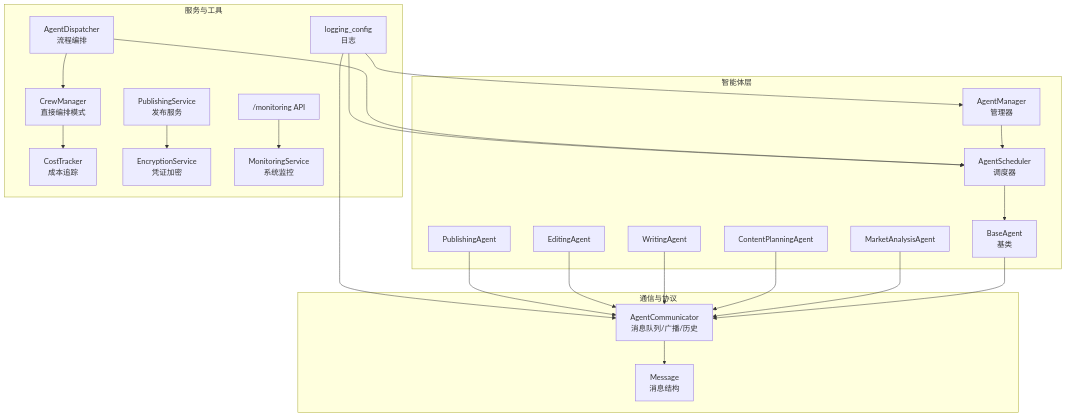
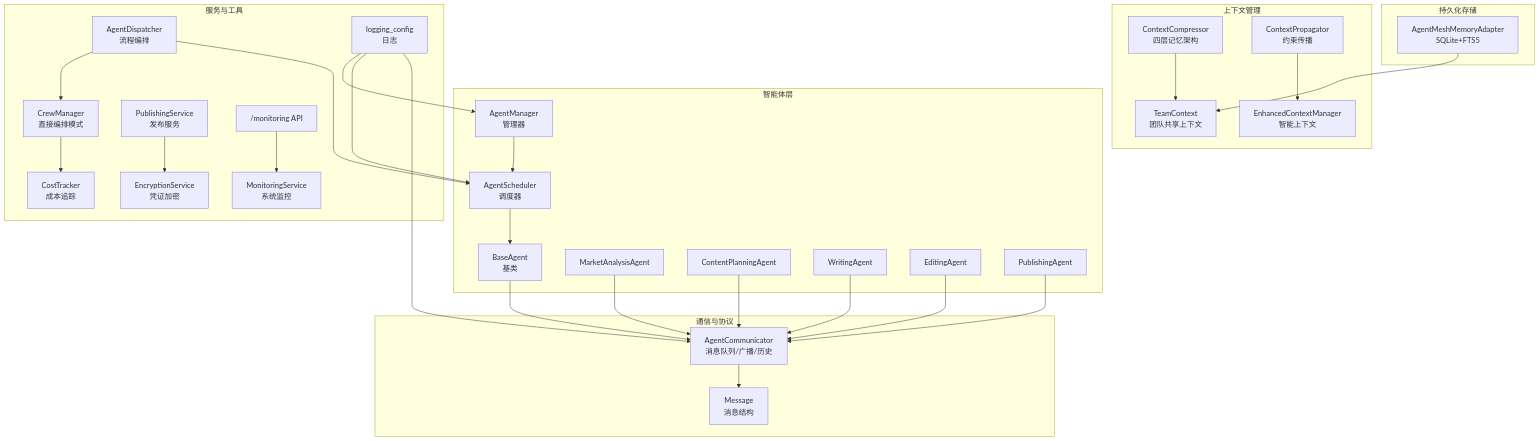
One commit to xfbyxq/ai-novel-system changed the first of 9 diagrams in .qoder/repowiki/zh/content/AI智能体系统/智能体通信机制.md. Above: the diagram before and after it, drawn with Mermaid. The commit also changed other lines of this file and 38 other files, not shown here.

````diff
--- a/.qoder/repowiki/zh/content/AI智能体系统/智能体通信机制.md
+++ b/.qoder/repowiki/zh/content/AI智能体系统/智能体通信机制.md
@@ -38,44 +51,56 @@
 ```mermaid
 graph TB
 subgraph "智能体层"
 AM["AgentManager<br/>管理器"]
 AS["AgentScheduler<br/>调度器"]
 BA["BaseAgent<br/>基类"]
 MA["MarketAnalysisAgent"]
 CA["ContentPlanningAgent"]
 WA["WritingAgent"]
 EA["EditingAgent"]
 PA["PublishingAgent"]
 end
 subgraph "通信与协议"
 AC["AgentCommunicator<br/>消息队列/广播/历史"]
 MSG["Message<br/>消息结构"]
 end
+subgraph "上下文管理"
+CC["ContextCompressor<br/>四层记忆架构"]
+CP["ContextPropagator<br/>约束传播"]
+ECM["EnhancedContextManager<br/>智能上下文"]
+TC["TeamContext<br/>团队共享上下文"]
+end
+subgraph "持久化存储"
+AMA["AgentMeshMemoryAdapter<br/>SQLite+FTS5"]
+end
 subgraph "服务与工具"
 CD["AgentDispatcher<br/>流程编排"]
 CM["CrewManager<br/>直接编排模式"]
 CT["CostTracker<br/>成本追踪"]
 ENC["EncryptionService<br/>凭证加密"]
 PUB["PublishingService<br/>发布服务"]
 MON_API["/monitoring API"]
 MON_SVC["MonitoringService<br/>系统监控"]
 LOG["logging_config<br/>日志"]
 end
 AM --> AS
 AS --> BA
 BA --> AC
 AC --> MSG
+CC --> TC
+CP --> ECM
+AMA --> TC
 MA --> AC
 CA --> AC
 WA --> AC
 EA --> AC
 PA --> AC
 CD --> AS
 CD --> CM
 CM --> CT
 PUB --> ENC
 MON_API --> MON_SVC
 LOG --> AC
 LOG --> AS
 LOG --> AM
 ```
````
